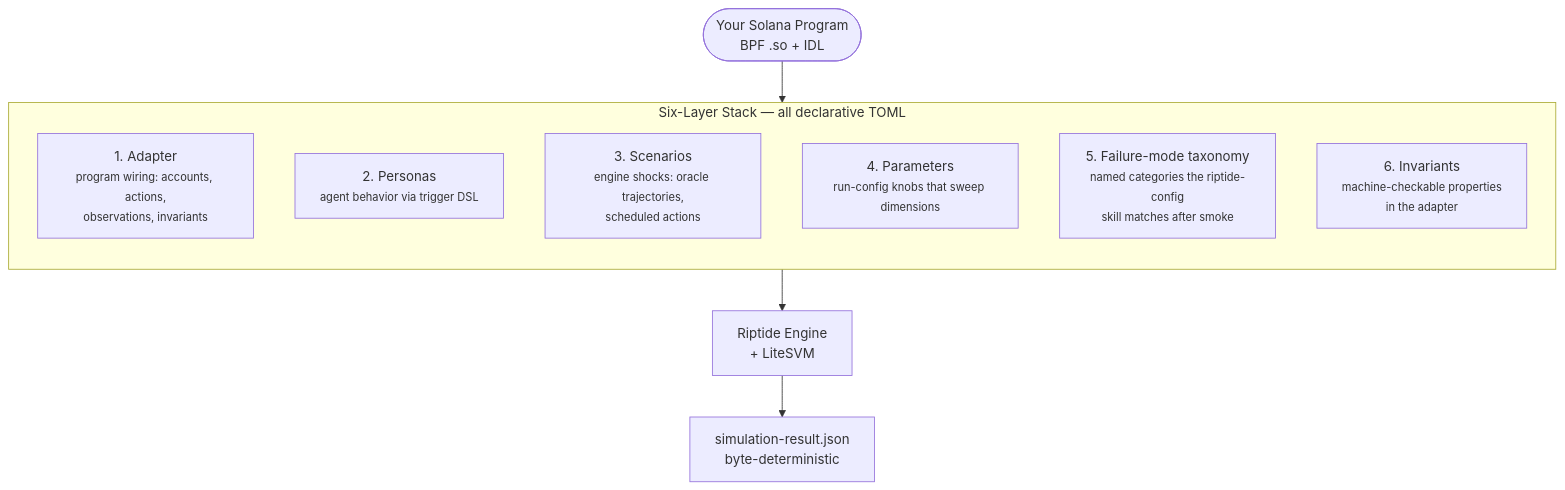
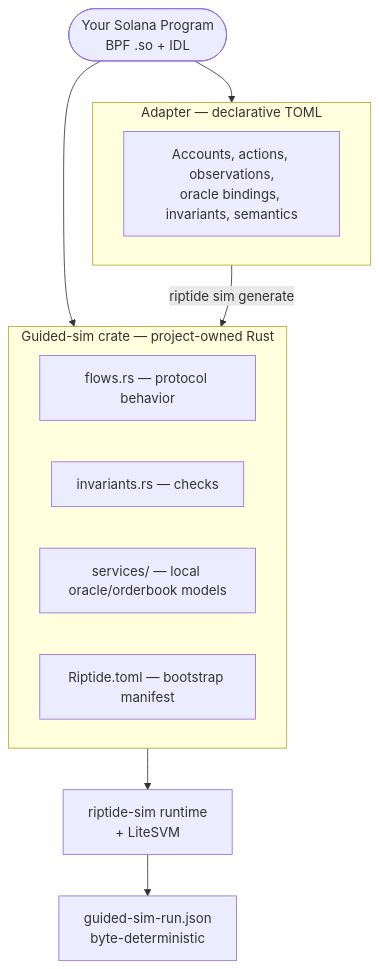
The diagram in docs/architecture.md (riptidesim/riptide), drawn with Mermaid before and after one commit. The commit also changed other lines of this file and 22 other files, not shown here.

First line of the commit message:
docs: rewrite for the guided-sim-only product

````diff
--- a/docs/architecture.md
+++ b/docs/architecture.md
@@ -15,18 +28,21 @@
 ```mermaid
 flowchart TB
     P(["Your Solana Program<br>BPF .so + IDL"])
 
-    subgraph Stack["Six-Layer Stack — all declarative TOML"]
-        direction TB
-        L1["1. Adapter<br><small>program wiring: accounts, actions,<br>observations, invariants</small>"]
-        L2["2. Personas<br><small>agent behavior via trigger DSL</small>"]
-        L3["3. Scenarios<br><small>engine shocks: oracle trajectories,<br>scheduled actions</small>"]
-        L4["4. Parameters<br><small>run-config knobs that sweep dimensions</small>"]
-        L5["5. Failure-mode taxonomy<br><small>named categories the riptide-config<br>skill matches after smoke</small>"]
-        L6["6. Invariants<br><small>machine-checkable properties<br>in the adapter</small>"]
+    subgraph Decl["Adapter — declarative TOML"]
+        A["Accounts, actions, observations,<br>oracle bindings, invariants, semantics"]
     end
 
-    P --> Stack
-    Stack --> R["Riptide Engine<br>+ LiteSVM"]
-    R --> O["simulation-result.json<br>byte-deterministic"]
+    subgraph Code["Guided-sim crate — project-owned Rust"]
+        F["flows.rs — protocol behavior"]
+        I["invariants.rs — checks"]
+        S["services/ — local oracle/orderbook models"]
+        M["Riptide.toml — bootstrap manifest"]
+    end
+
+    P --> Decl
+    P --> Code
+    Decl -->|riptide sim generate| Code
+    Code --> R["riptide-sim runtime<br>+ LiteSVM"]
+    R --> O["guided-sim-run.json<br>byte-deterministic"]
 ```
````
